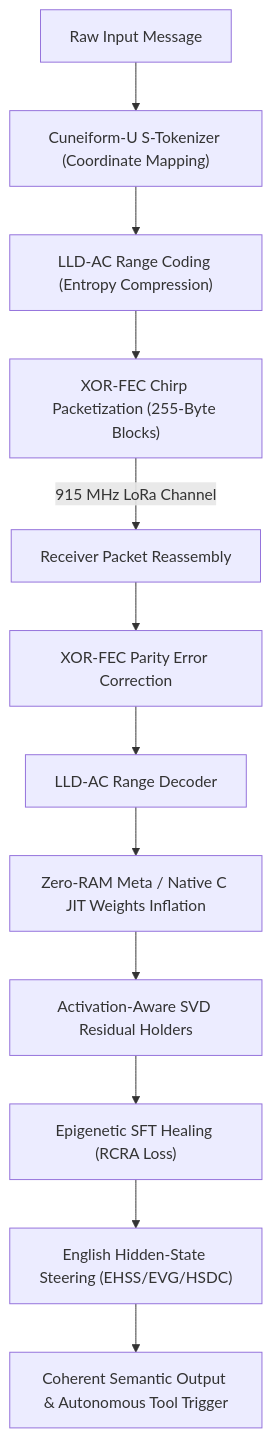
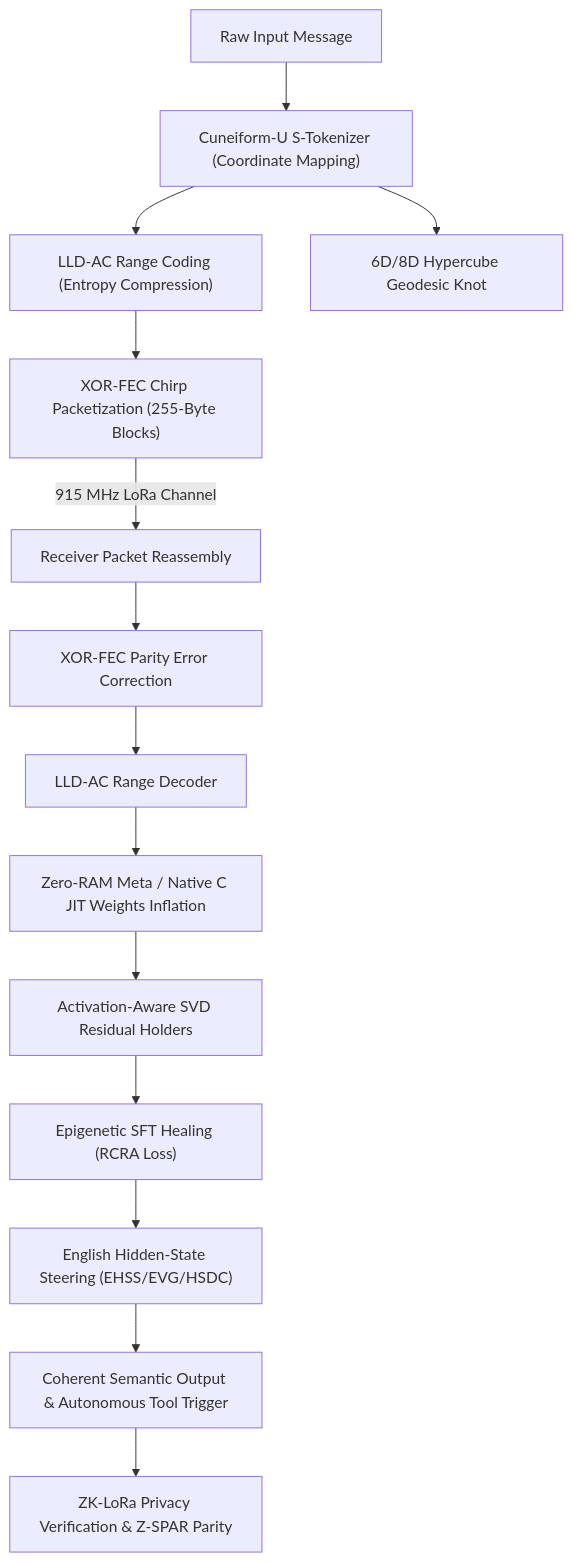
The diagram in README.md (DannyB-bit/zymatica-kernel), drawn with Mermaid before and after one commit. The commit also changed other lines of this file and 2 other files, not shown here.

Commit message:
docs: expand core pillars table with 6D/8D hypercube mechanics and update complete 35 invention index

````diff
--- a/README.md
+++ b/README.md
@@ -499,14 +504,16 @@
 ```mermaid
 graph TD
     A["Raw Input Message"] --> B["Cuneiform-U S-Tokenizer (Coordinate Mapping)"]
     B --> C["LLD-AC Range Coding (Entropy Compression)"]
+    B --> C2["6D/8D Hypercube Geodesic Knot"]
     C --> D["XOR-FEC Chirp Packetization (255-Byte Blocks)"]
     D -->|915 MHz LoRa Channel| E["Receiver Packet Reassembly"]
     E --> F["XOR-FEC Parity Error Correction"]
     F --> G["LLD-AC Range Decoder"]
     G --> H["Zero-RAM Meta / Native C JIT Weights Inflation"]
     H --> H2["Activation-Aware SVD Residual Holders"]
     H2 --> I["Epigenetic SFT Healing (RCRA Loss)"]
     I --> J["English Hidden-State Steering (EHSS/EVG/HSDC)"]
     J --> K["Coherent Semantic Output & Autonomous Tool Trigger"]
+    K --> L["ZK-LoRa Privacy Verification & Z-SPAR Parity"]
 ```
````
